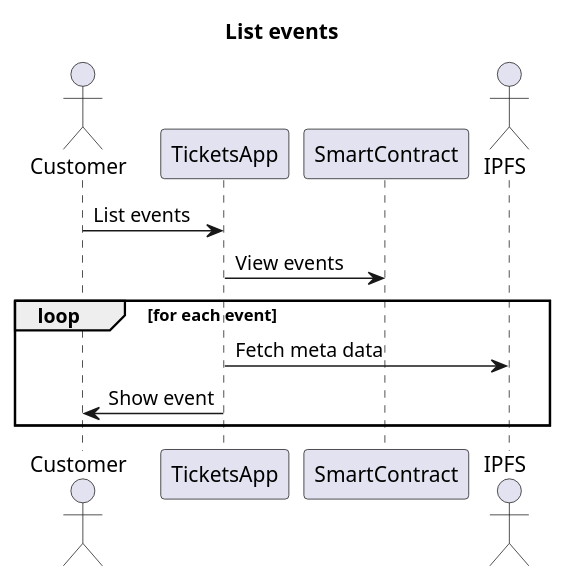
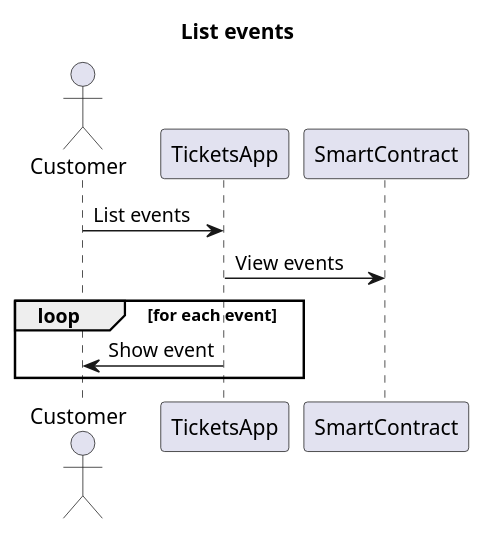
Before and after one commit to ai-shift/cyber-valley-tickets: diagram 11 of 26 in README.org, drawn with PlantUML. The commit also changed other lines of this file, not shown here.

```diff
--- a/README.org
+++ b/README.org
@@ -255,15 +303,13 @@
 #+begin_src plantuml :file ./img/list-events.png
 title List events
 
 actor Customer
 participant TicketsApp
 participant SmartContract
-actor IPFS
 
 Customer -> TicketsApp: List events
 TicketsApp -> SmartContract: View events
 loop for each event
-  TicketsApp -> IPFS: Fetch meta data
   TicketsApp -> Customer: Show event
 end
 #+end_src
```
